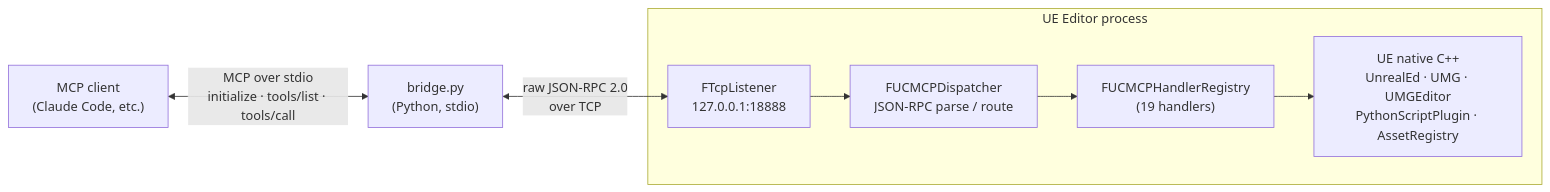
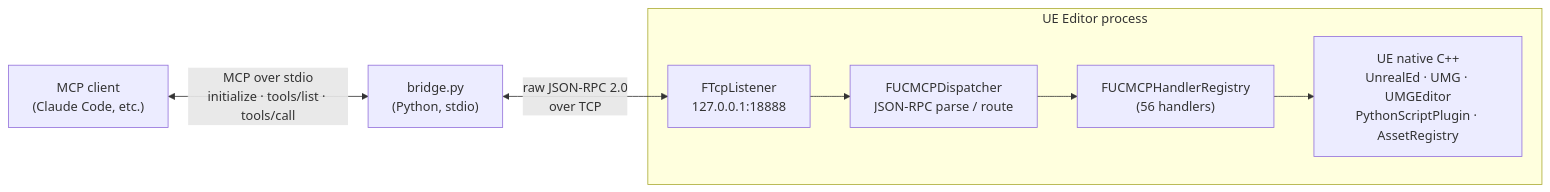
The first of 2 diagrams in docs/ARCHITECTURE.md (daveCode-dot/UnrealClaudeMCP), drawn with Mermaid before and after one commit. The commit also changed other lines of this file and 5 other files, not shown here.

````diff
--- a/docs/ARCHITECTURE.md
+++ b/docs/ARCHITECTURE.md
@@ -5,18 +5,18 @@
 ```mermaid
 flowchart LR
     Client["MCP client<br/>(Claude Code, etc.)"]
     Bridge["bridge.py<br/>(Python, stdio)"]
 
     subgraph UE["UE Editor process"]
         TCP["FTcpListener<br/>127.0.0.1:18888"]
         Disp["FUCMCPDispatcher<br/>JSON-RPC parse / route"]
-        Reg["FUCMCPHandlerRegistry<br/>(19 handlers)"]
+        Reg["FUCMCPHandlerRegistry<br/>(56 handlers)"]
         Native["UE native C++<br/>UnrealEd · UMG · UMGEditor<br/>PythonScriptPlugin · AssetRegistry"]
     end
 
     Client <-->|"MCP over stdio<br/>initialize · tools/list · tools/call"| Bridge
     Bridge <-->|"raw JSON-RPC 2.0<br/>over TCP"| TCP
     TCP --> Disp
     Disp --> Reg
     Reg --> Native
 ```
````
